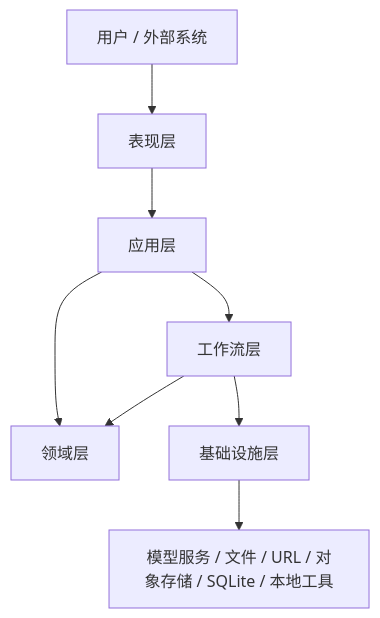
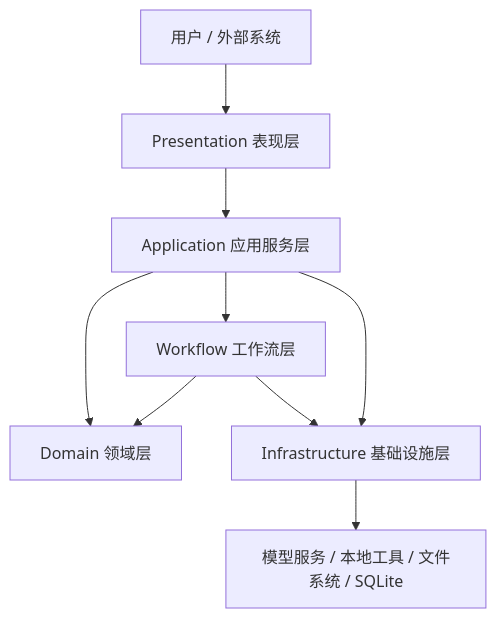
One commit to yeqiana/AgentOps changed the first of 6 diagrams in docs/enterprise/总体设计.md. Above: the diagram before and after it, drawn with Mermaid. The commit also changed other lines of this file and 22 other files, not shown here.

````diff
--- a/docs/enterprise/总体设计.md
+++ b/docs/enterprise/总体设计.md
@@ -29,18 +92,19 @@
 ```mermaid
 flowchart TB
     User[用户 / 外部系统]
-    Presentation[表现层]
-    Application[应用层]
-    Domain[领域层]
-    Workflow[工作流层]
-    Infrastructure[基础设施层]
-    External[模型服务 / 文件 / URL / 对象存储 / SQLite / 本地工具]
+    Presentation[Presentation 表现层]
+    Application[Application 应用服务层]
+    Domain[Domain 领域层]
+    Workflow[Workflow 工作流层]
+    Infrastructure[Infrastructure 基础设施层]
+    External[模型服务 / 本地工具 / 文件系统 / SQLite]
 
     User --> Presentation
     Presentation --> Application
     Application --> Domain
     Application --> Workflow
     Workflow --> Domain
     Workflow --> Infrastructure
+    Application --> Infrastructure
     Infrastructure --> External
 ```
````
